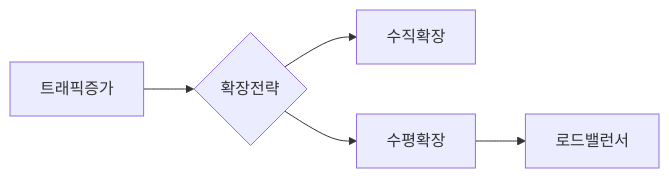
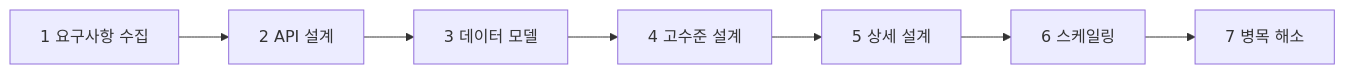
The first of 8 diagrams in _posts/systemdesign/2026-05-02-system-design-fundamentals.md (yjkim2015/yjkim2015.github.io), drawn with Mermaid before and after one commit. The commit also changed other lines of this file and 4 other files, not shown here.

````diff
--- a/_posts/systemdesign/2026-05-02-system-design-fundamentals.md
+++ b/_posts/systemdesign/2026-05-02-system-design-fundamentals.md
@@ -58,7 +30,9 @@
 ```mermaid
 graph LR
-    A[트래픽증가] --> B{확장전략}
-    B --> C[수직확장]
-    B --> D[수평확장]
-    D --> E[로드밸런서]
+    A[1 요구사항 수집] --> B[2 API 설계]
+    B --> C[3 데이터 모델]
+    C --> D[4 고수준 설계]
+    D --> E[5 상세 설계]
+    E --> F[6 스케일링]
+    F --> G[7 병목 해소]
 ```
````
